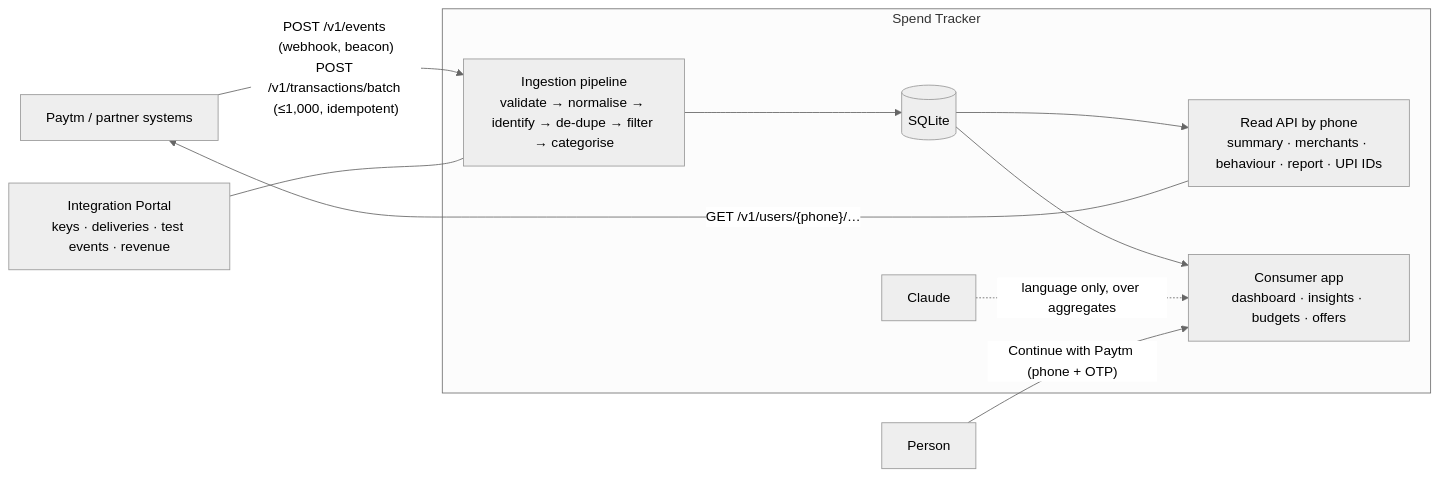
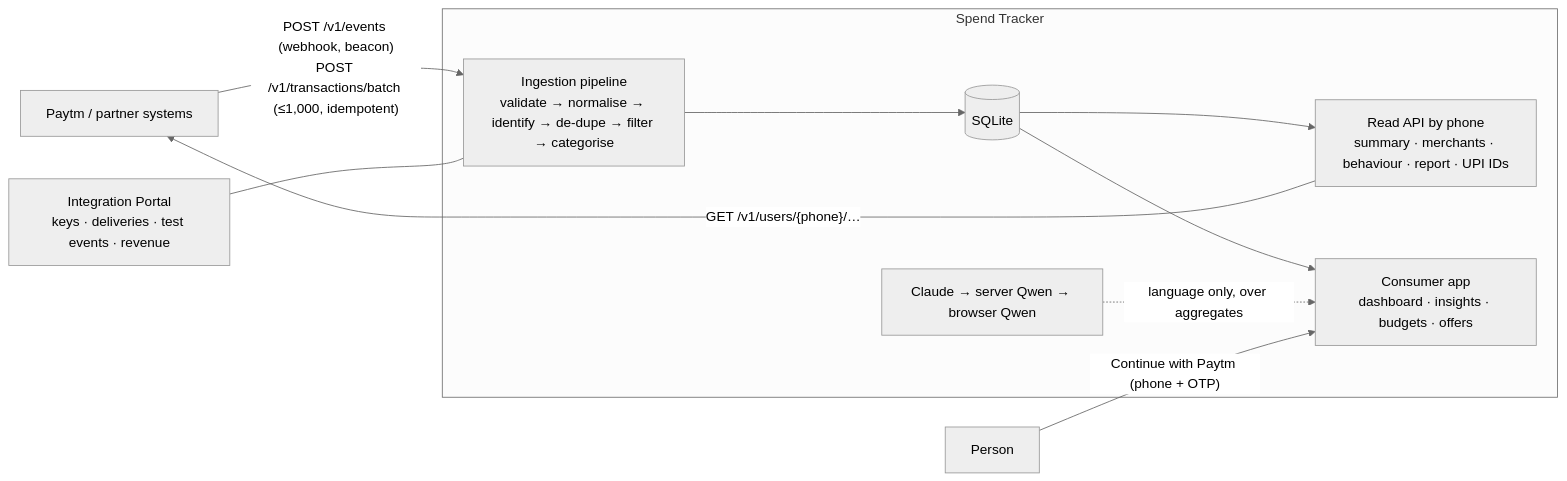
The diagram in README.md (brtptm/spend-tracker), drawn with Mermaid (neutral theme) before and after one commit. The commit also changed other lines of this file and 2 other files, not shown here.

````diff
--- a/README.md
+++ b/README.md
@@ -7,13 +7,13 @@
 ```mermaid
 flowchart LR
   P[Paytm / partner systems] -- "POST /v1/events (webhook, beacon)\nPOST /v1/transactions/batch (≤1,000, idempotent)" --> I
   subgraph Spend Tracker
     I[Ingestion pipeline\nvalidate → normalise → identify → de-dupe → filter → categorise] --> DB[(SQLite)]
     DB --> R[Read API by phone\nsummary · merchants · behaviour · report · UPI IDs]
     DB --> A[Consumer app\ndashboard · insights · budgets · offers]
-    C[Claude] -. language only, over aggregates .-> A
+    C[Claude → server Qwen → browser Qwen] -. language only, over aggregates .-> A
   end
   R -- "GET /v1/users/{phone}/…" --> P
   U[Person] -- "Continue with Paytm (phone + OTP)" --> A
   O[Integration Portal\nkeys · deliveries · test events · revenue] --- I
 ```
````
